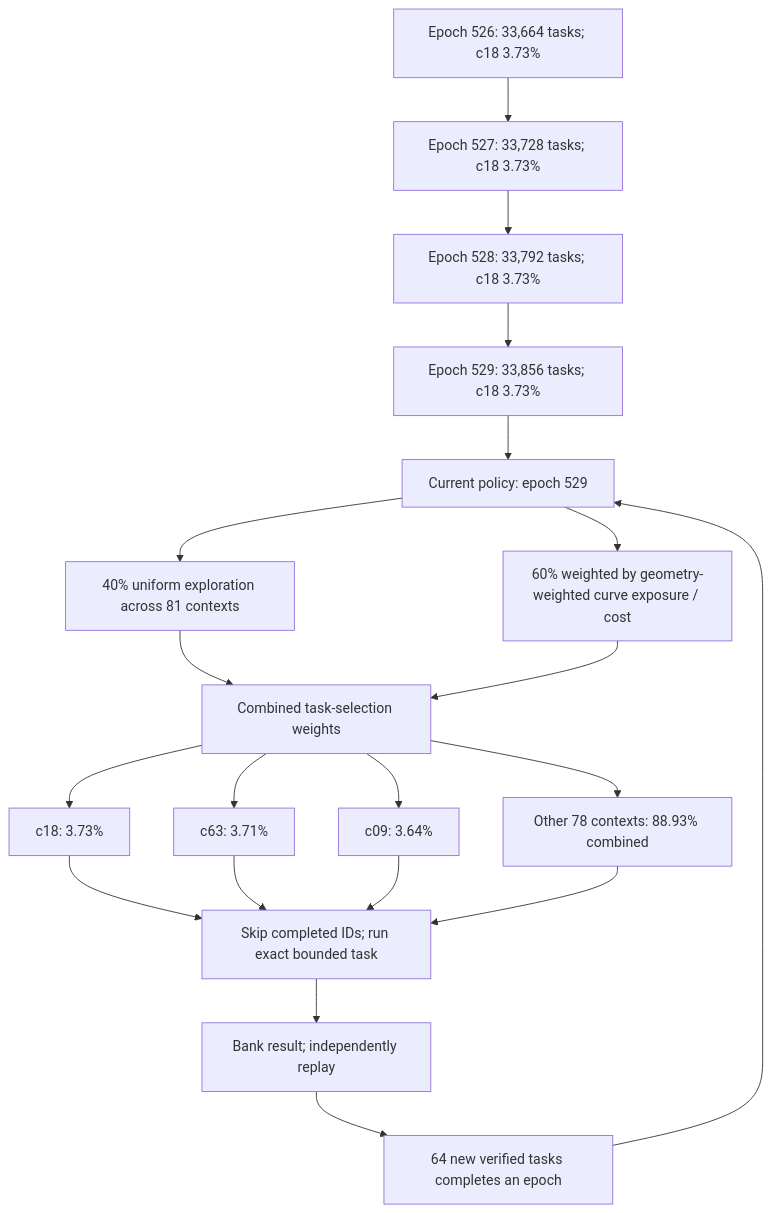
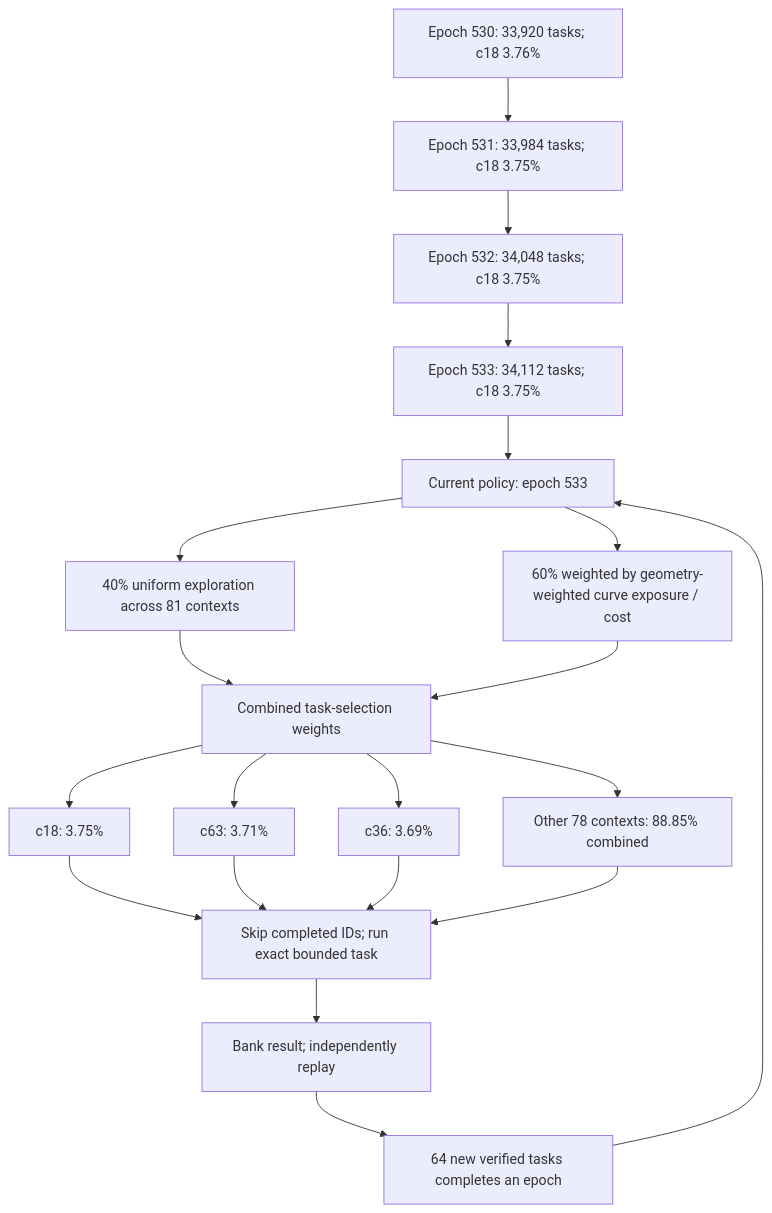
Before and after one commit to Kuberwastaken/math-gambling: the first of 3 diagrams in README.md, drawn with Mermaid. The commit also changed other lines of this file and 631 other files, not shown here.

````diff
--- a/README.md
+++ b/README.md
@@ -55,27 +55,27 @@
 ```mermaid
 flowchart TD
-    H0["Epoch 526: 33,664 tasks; c18 3.73%"]
-    H1["Epoch 527: 33,728 tasks; c18 3.73%"]
+    H0["Epoch 530: 33,920 tasks; c18 3.76%"]
+    H1["Epoch 531: 33,984 tasks; c18 3.75%"]
     H0 --> H1
-    H2["Epoch 528: 33,792 tasks; c18 3.73%"]
+    H2["Epoch 532: 34,048 tasks; c18 3.75%"]
     H1 --> H2
-    H3["Epoch 529: 33,856 tasks; c18 3.73%"]
+    H3["Epoch 533: 34,112 tasks; c18 3.75%"]
     H2 --> H3
-    Policy["Current policy: epoch 529"]
+    Policy["Current policy: epoch 533"]
     H3 --> Policy
     Policy --> Explore["40% uniform exploration across 81 contexts"]
     Policy --> Cost["60% weighted by geometry-weighted curve exposure / cost"]
     Explore --> Mix["Combined task-selection weights"]
     Cost --> Mix
-    Mix --> C0["c18: 3.73%"]
+    Mix --> C0["c18: 3.75%"]
     Mix --> C1["c63: 3.71%"]
-    Mix --> C2["c09: 3.64%"]
-    Mix --> Rest["Other 78 contexts: 88.93% combined"]
+    Mix --> C2["c36: 3.69%"]
+    Mix --> Rest["Other 78 contexts: 88.85% combined"]
     C0 --> Check["Skip completed IDs; run exact bounded task"]
     C1 --> Check
     C2 --> Check
     Rest --> Check
     Check --> Replay["Bank result; independently replay"]
     Replay --> Gate["64 new verified tasks completes an epoch"]
     Gate --> Policy
 ```
````
